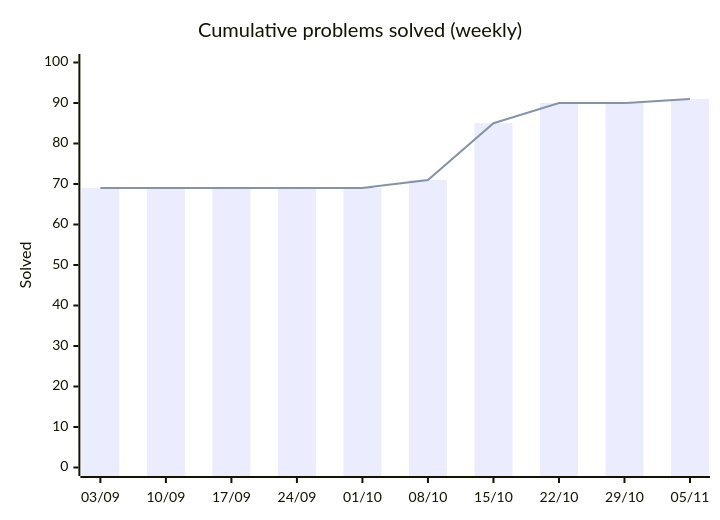
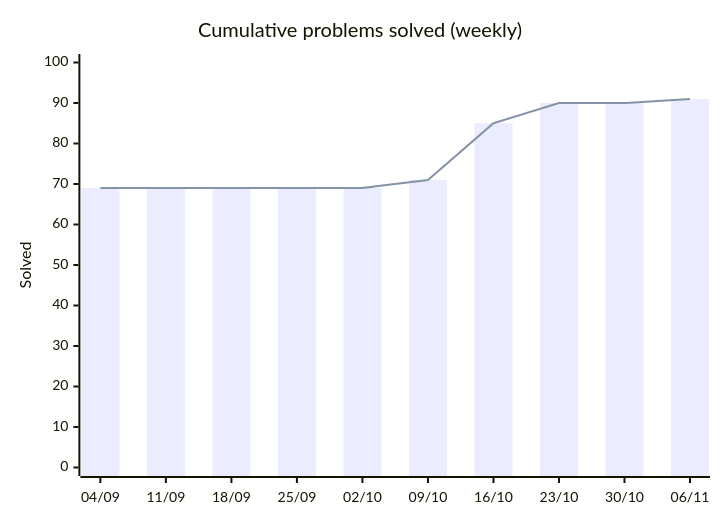
Before and after one commit to HarryTrn/TensorTonic-Solutions: the first of 2 diagrams in README.md, drawn with Mermaid. The commit also changed other lines of this file, not shown here.

Commit message:
docs: auto-update README [skip ci]

````diff
--- a/README.md
+++ b/README.md
@@ -65,8 +65,8 @@
 ```mermaid
 xychart-beta
     title "Cumulative problems solved (weekly)"
-    x-axis ["03/09", "10/09", "17/09", "24/09", "01/10", "08/10", "15/10", "22/10", "29/10", "05/11"]
+    x-axis ["04/09", "11/09", "18/09", "25/09", "02/10", "09/10", "16/10", "23/10", "30/10", "06/11"]
     y-axis "Solved" 0 --> 100
     bar [69, 69, 69, 69, 69, 71, 85, 90, 90, 91]
     line [69, 69, 69, 69, 69, 71, 85, 90, 90, 91]
 ```
````
